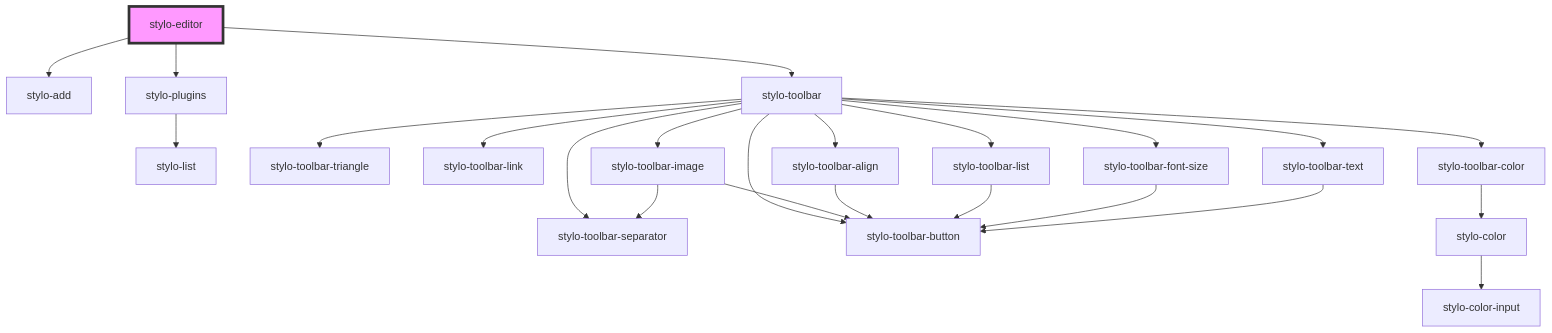
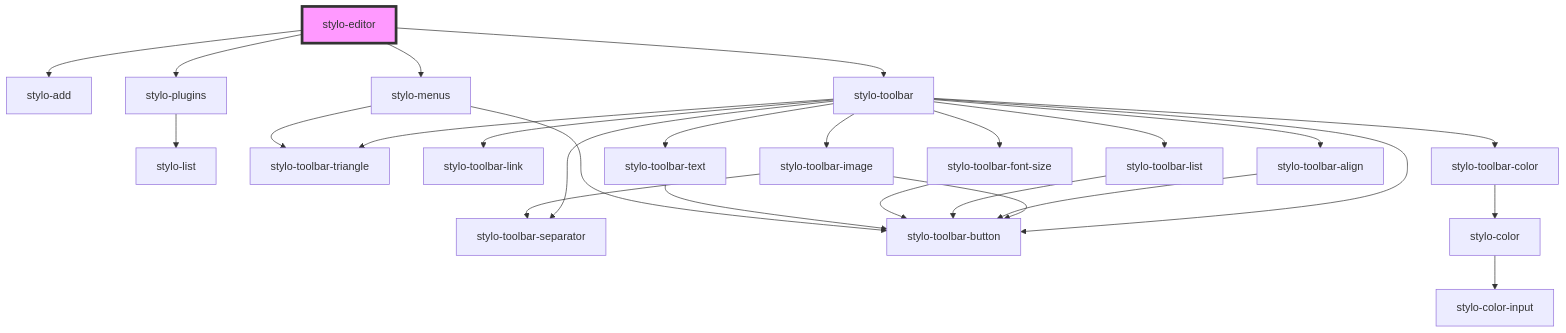
Before and after one commit to peterpeterparker/stylo: the diagram in src/components/editor/readme.md, drawn with Mermaid. The commit also changed other lines of this file and 22 other files, not shown here.

````diff
--- a/src/components/editor/readme.md
+++ b/src/components/editor/readme.md
@@ -22,26 +23,29 @@
 ```mermaid
 graph TD;
   stylo-editor --> stylo-add
   stylo-editor --> stylo-plugins
   stylo-editor --> stylo-toolbar
+  stylo-editor --> stylo-menus
   stylo-plugins --> stylo-list
   stylo-toolbar --> stylo-toolbar-triangle
   stylo-toolbar --> stylo-toolbar-link
   stylo-toolbar --> stylo-toolbar-color
   stylo-toolbar --> stylo-toolbar-image
   stylo-toolbar --> stylo-toolbar-align
   stylo-toolbar --> stylo-toolbar-list
   stylo-toolbar --> stylo-toolbar-font-size
   stylo-toolbar --> stylo-toolbar-separator
   stylo-toolbar --> stylo-toolbar-button
   stylo-toolbar --> stylo-toolbar-text
   stylo-toolbar-color --> stylo-color
   stylo-color --> stylo-color-input
   stylo-toolbar-image --> stylo-toolbar-button
   stylo-toolbar-image --> stylo-toolbar-separator
   stylo-toolbar-align --> stylo-toolbar-button
   stylo-toolbar-list --> stylo-toolbar-button
   stylo-toolbar-font-size --> stylo-toolbar-button
   stylo-toolbar-text --> stylo-toolbar-button
+  stylo-menus --> stylo-toolbar-triangle
+  stylo-menus --> stylo-toolbar-button
   style stylo-editor fill:#f9f,stroke:#333,stroke-width:4px
 ```
````
